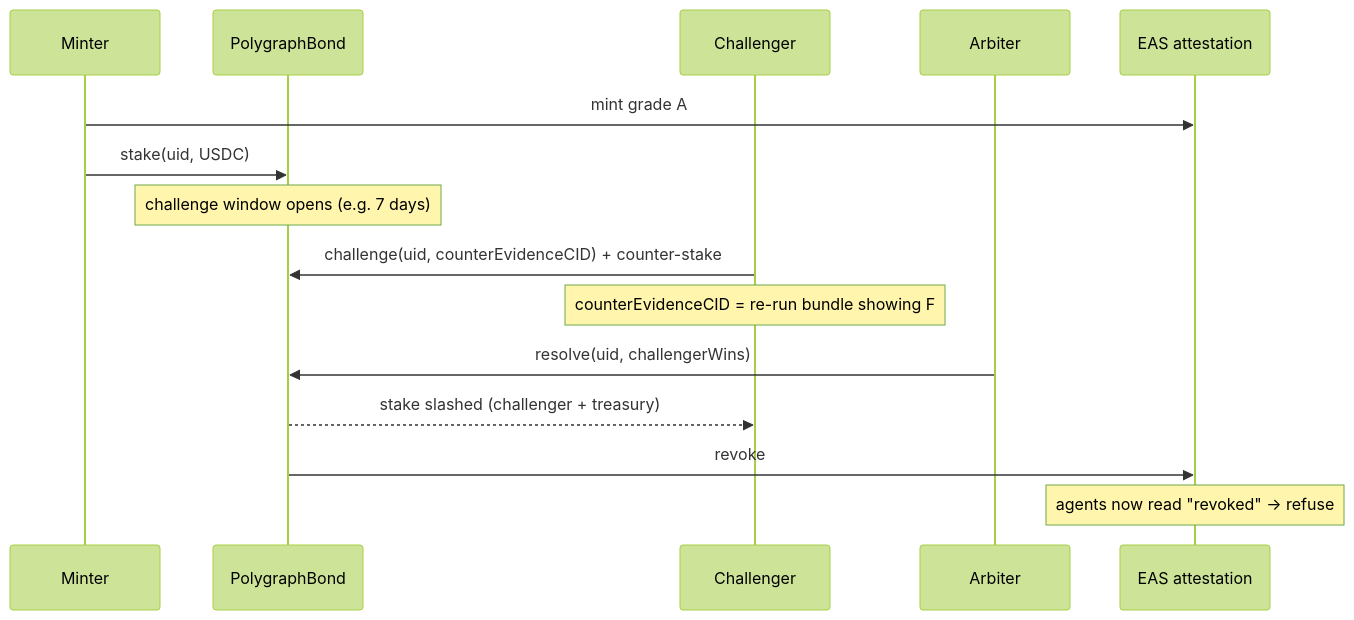
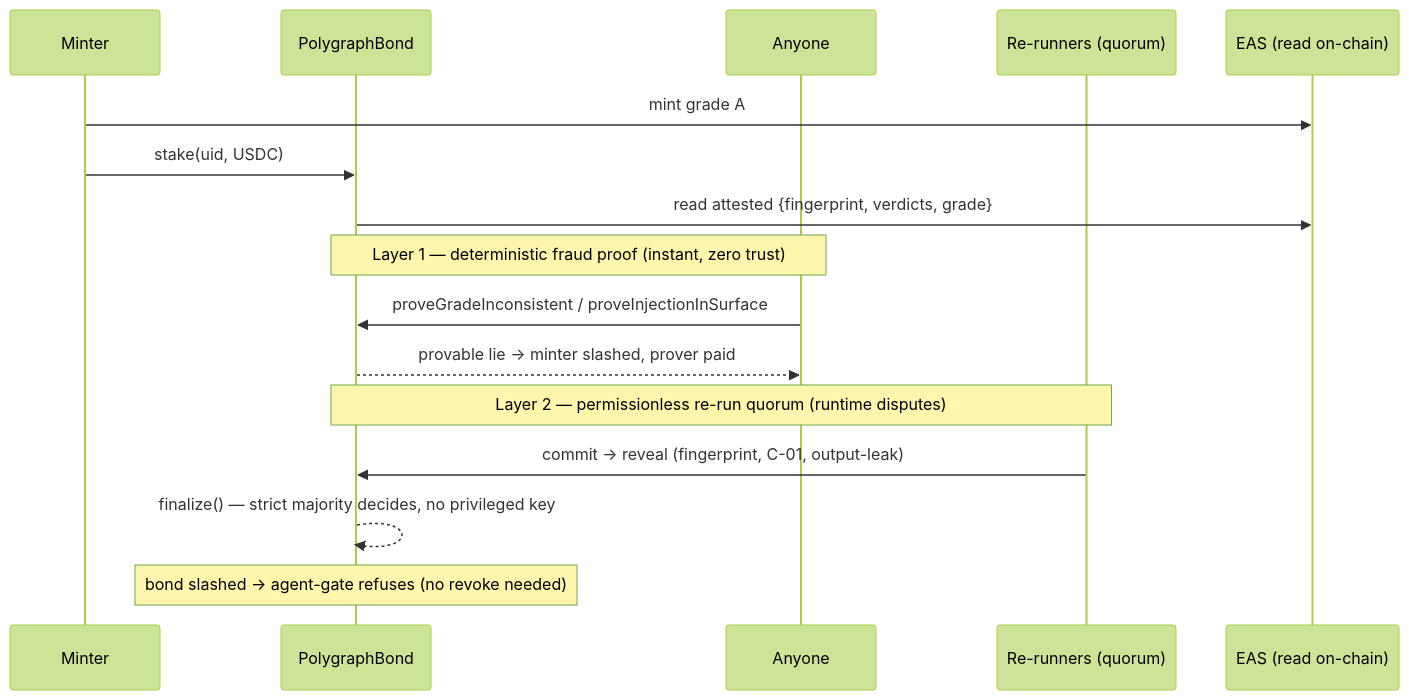
Before and after one commit to polygraphso/litmus: the sixth of 7 diagrams in docs/how-it-works.md, drawn with Mermaid (forest theme). The commit also changed other lines of this file and 8 other files, not shown here.

First line of the commit message:
M5 redesign: arbiter-free PolygraphBond (fraud proofs + re-run quorum)

````diff
--- a/docs/how-it-works.md
+++ b/docs/how-it-works.md
@@ -156,18 +156,19 @@
 ```mermaid
 sequenceDiagram
     participant M as Minter
     participant B as PolygraphBond
-    participant C as Challenger
-    participant AR as Arbiter
-    participant E as EAS attestation
+    participant P as Anyone
+    participant Q as Re-runners (quorum)
+    participant E as EAS (read on-chain)
 
     M->>E: mint grade A
     M->>B: stake(uid, USDC)
-    Note over B: challenge window opens (e.g. 7 days)
-    C->>B: challenge(uid, counterEvidenceCID) + counter-stake
-    Note over C: counterEvidenceCID = re-run bundle showing F
-    AR->>B: resolve(uid, challengerWins)
-    B-->>C: stake slashed (challenger + treasury)
-    B->>E: revoke
-    Note over E: agents now read "revoked" → refuse
+    B->>E: read attested {fingerprint, verdicts, grade}
+    Note over B,P: Layer 1 — deterministic fraud proof (instant, zero trust)
+    P->>B: proveGradeInconsistent / proveInjectionInSurface
+    B-->>P: provable lie → minter slashed, prover paid
+    Note over B,Q: Layer 2 — permissionless re-run quorum (runtime disputes)
+    Q->>B: commit → reveal (fingerprint, C-01, output-leak)
+    B-->>B: finalize() — strict majority decides, no privileged key
+    Note over B: bond slashed → agent-gate refuses (no revoke needed)
 ```
````
